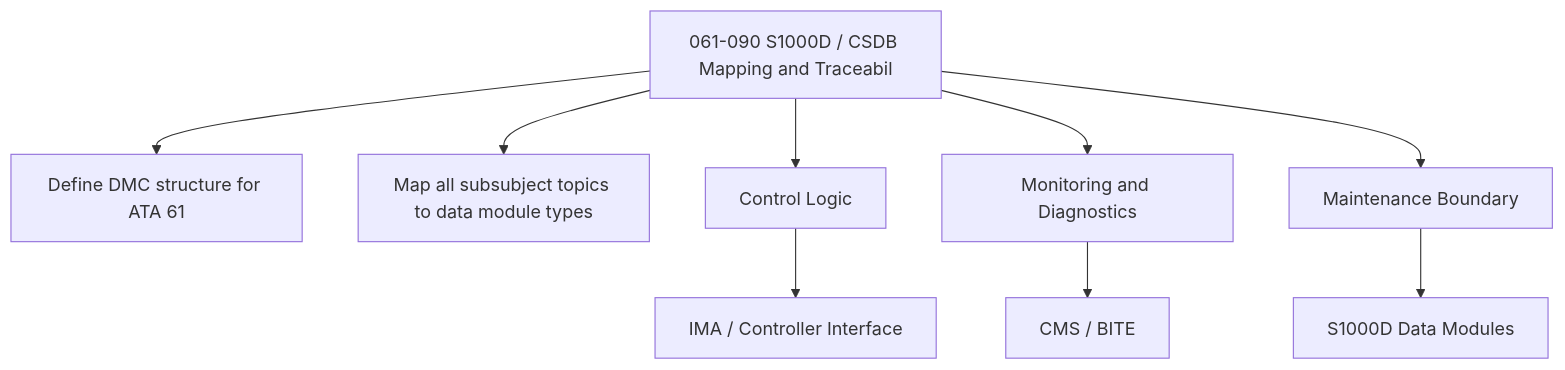
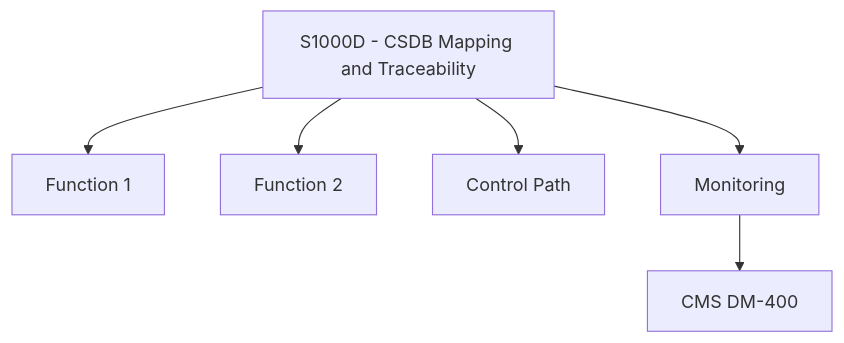
One commit to AmedeoPelliccia/Qplus-For-All-Queer-People-and-Quantum changed the second of 2 diagrams in Q+ATLANTIDE/000-099_ATLAS/060-069_Propulsion-Tradicional/061_Propellers-and-Propulsors/061-090-S1000D-CSDB-Mapping-and-Traceability.md. Above: the diagram before and after it, drawn with Mermaid. The commit also changed other lines of this file and 74 other files, not shown here.

````diff
--- a/Q+ATLANTIDE/000-099_ATLAS/060-069_Propulsion-Tradicional/061_Propellers-and-Propulsors/061-090-S1000D-CSDB-Mapping-and-Traceability.md
+++ b/Q+ATLANTIDE/000-099_ATLAS/060-069_Propulsion-Tradicional/061_Propellers-and-Propulsors/061-090-S1000D-CSDB-Mapping-and-Traceability.md
@@ -172,11 +106,8 @@
 ```mermaid
 flowchart TB
-    SYS[061-090 S1000D / CSDB Mapping and Traceabil] --> F1[Define DMC structure for ATA 61]
-    SYS --> F2[Map all subsubject topics to data module types]
-    SYS --> CTRL[Control Logic]
-    SYS --> MON[Monitoring and Diagnostics]
-    SYS --> MAINT[Maintenance Boundary]
-    CTRL --> IMA[IMA / Controller Interface]
-    MON --> CMS[CMS / BITE]
-    MAINT --> CSDB[S1000D Data Modules]
+    SYS[S1000D - CSDB Mapping and Traceability] --> F1[Function 1]
+    SYS --> F2[Function 2]
+    SYS --> CTRL[Control Path]
+    SYS --> MON[Monitoring]
+    MON --> CMS[CMS DM-400]
 ```
````
